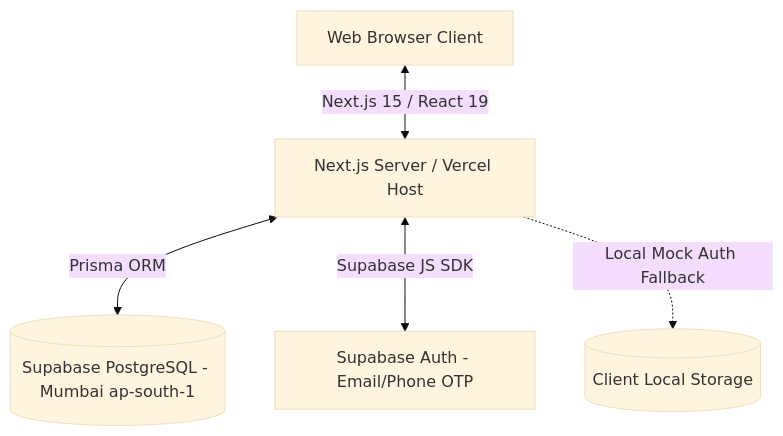
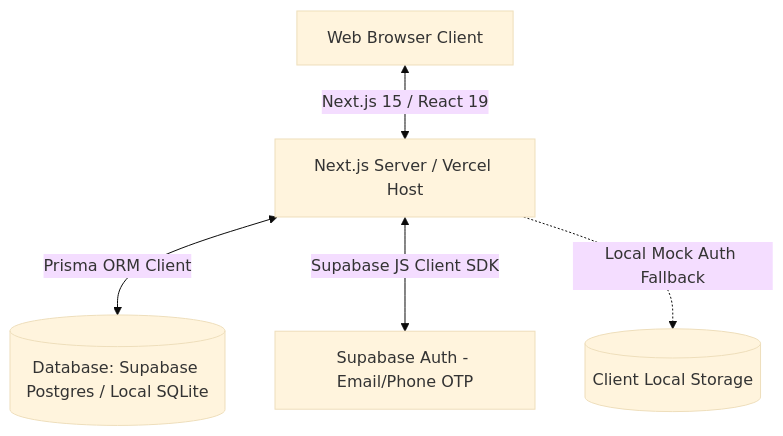
The diagram in ARCHITECTURE.md (mdshariq8176/safa-kurtilab), drawn with Mermaid (base theme) before and after one commit. The commit also changed other lines of this file and 8 other files, not shown here.

````diff
--- a/ARCHITECTURE.md
+++ b/ARCHITECTURE.md
@@ -11,7 +11,7 @@
 ```mermaid
 graph TD
     Client[Web Browser Client] <-->|Next.js 15 / React 19| NextServer[Next.js Server / Vercel Host]
-    NextServer <-->|Prisma ORM| SupabaseDB[(Supabase PostgreSQL - Mumbai ap-south-1)]
-    NextServer <-->|Supabase JS SDK| SupabaseAuth[Supabase Auth - Email/Phone OTP]
+    NextServer <-->|Prisma ORM Client| DB[(Database: Supabase Postgres / Local SQLite)]
+    NextServer <-->|Supabase JS Client SDK| SupabaseAuth[Supabase Auth - Email/Phone OTP]
     NextServer -.->|Local Mock Auth Fallback| LocalStorage[(Client Local Storage)]
 ```
````
